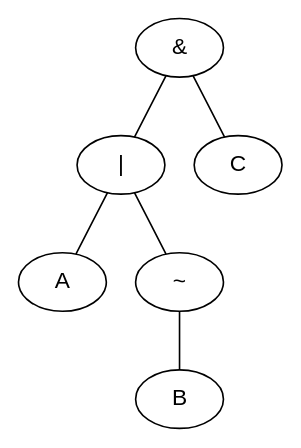
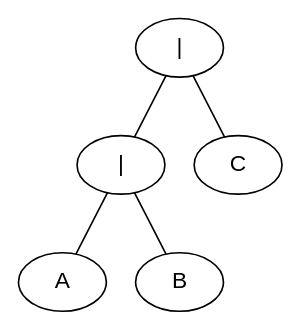
Before and after one commit to radityasurya/LogicaSimulator: the diagram in LogicaSimulator/bin/Debug/abc.dot, drawn with Graphviz. The commit also changed 14 other files, not shown here.

```diff
--- a/LogicaSimulator/bin/Debug/abc.dot
+++ b/LogicaSimulator/bin/Debug/abc.dot
@@ -1,14 +1,12 @@
 graph logic {
 node [ fontname = "Arial" ]
-node1 [ label = " & " ]
+node1 [ label = " | " ]
 node1 -- node2
-node1 -- node6
+node1 -- node5
 node2 [ label = " | " ]
 node2 -- node3
 node2 -- node4
 node3 [ label = " A " ]
-node4 [ label = " ~ " ]
-node4 -- node5
-node5 [ label = " B " ]
-node6 [ label = " C " ]
+node4 [ label = " B " ]
+node5 [ label = " C " ]
 }
```
